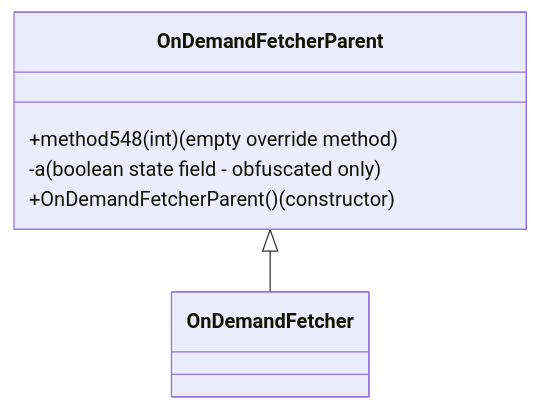
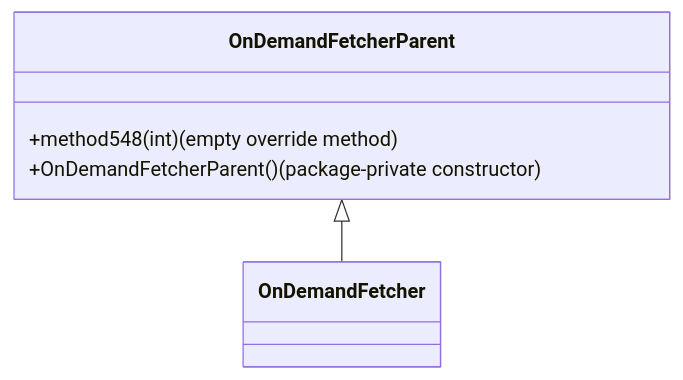
One commit to daxxog/solmud changed the diagram in bytecode/mapping/evidence/verified/OnDemandFetcherParent_VJKFYAWG.md. Above: the diagram before and after it, drawn with Mermaid. The commit also changed other lines of this file and 4 other files, not shown here.

````diff
--- a/bytecode/mapping/evidence/verified/OnDemandFetcherParent_VJKFYAWG.md
+++ b/bytecode/mapping/evidence/verified/OnDemandFetcherParent_VJKFYAWG.md
@@ -9,7 +17,6 @@
 ```mermaid
 classDiagram
     OnDemandFetcherParent <|-- OnDemandFetcher
     OnDemandFetcherParent : +method548(int) (empty override method)
-    OnDemandFetcherParent : -a (boolean state field - obfuscated only)
-    OnDemandFetcherParent : +OnDemandFetcherParent() (constructor)
+    OnDemandFetcherParent : +OnDemandFetcherParent() (package-private constructor)
 ```
````
